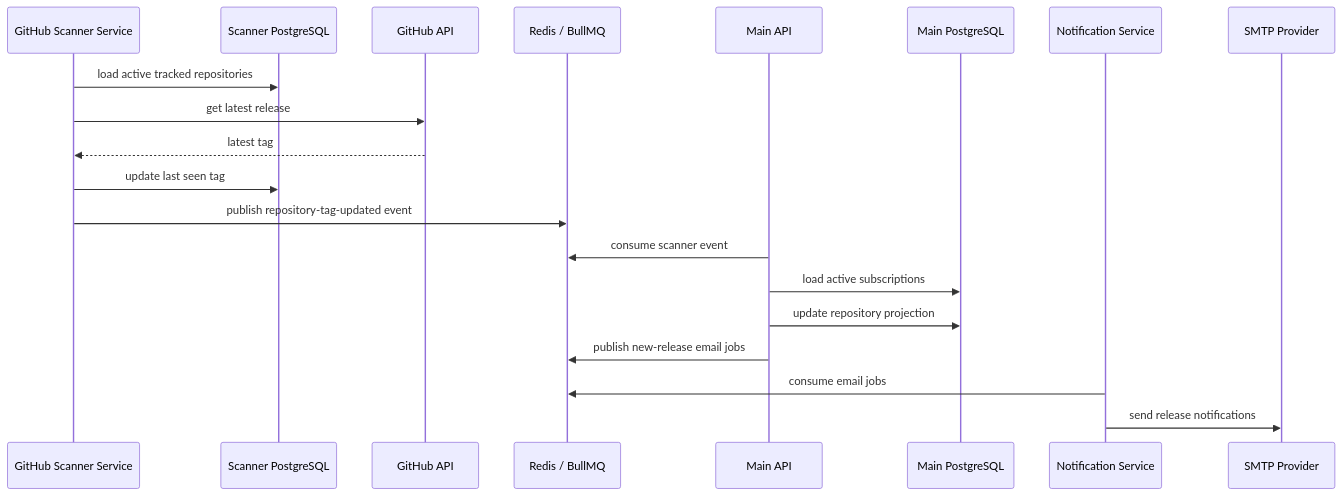
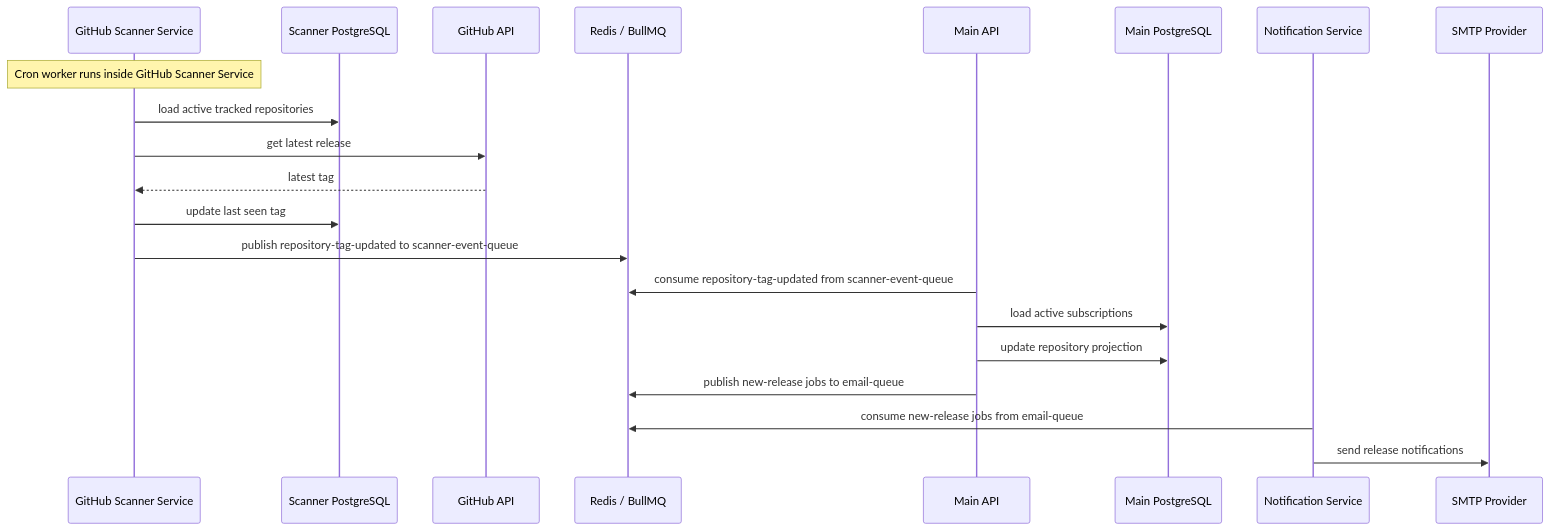
The third of 4 diagrams in docs/system-design.md (GenesisEducationKyiv/software-engineering-school-6-0-IvanGodPro24), drawn with Mermaid before and after one commit. The commit also changed 1 other file, not shown here.

Commit message:
fix: fix system design and arch doc

````diff
--- a/docs/system-design.md
+++ b/docs/system-design.md
@@ -228,23 +228,24 @@
 ```mermaid
 sequenceDiagram
-    participant Scanner as GitHub Scanner Service
+    participant GitHubScanner as GitHub Scanner Service
     participant ScannerDB as Scanner PostgreSQL
     participant GitHub as GitHub API
     participant Redis as Redis / BullMQ
     participant Main as Main API
     participant DB as Main PostgreSQL
     participant Mail as Notification Service
     participant SMTP as SMTP Provider
 
-    Scanner->>ScannerDB: load active tracked repositories
-    Scanner->>GitHub: get latest release
-    GitHub-->>Scanner: latest tag
-    Scanner->>ScannerDB: update last seen tag
-    Scanner->>Redis: publish repository-tag-updated event
-    Main->>Redis: consume scanner event
+    Note over GitHubScanner: Cron worker runs inside GitHub Scanner Service
+    GitHubScanner->>ScannerDB: load active tracked repositories
+    GitHubScanner->>GitHub: get latest release
+    GitHub-->>GitHubScanner: latest tag
+    GitHubScanner->>ScannerDB: update last seen tag
+    GitHubScanner->>Redis: publish repository-tag-updated to scanner-event-queue
+    Main->>Redis: consume repository-tag-updated from scanner-event-queue
     Main->>DB: load active subscriptions
     Main->>DB: update repository projection
-    Main->>Redis: publish new-release email jobs
-    Mail->>Redis: consume email jobs
+    Main->>Redis: publish new-release jobs to email-queue
+    Mail->>Redis: consume new-release jobs from email-queue
     Mail->>SMTP: send release notifications
 ```
````
